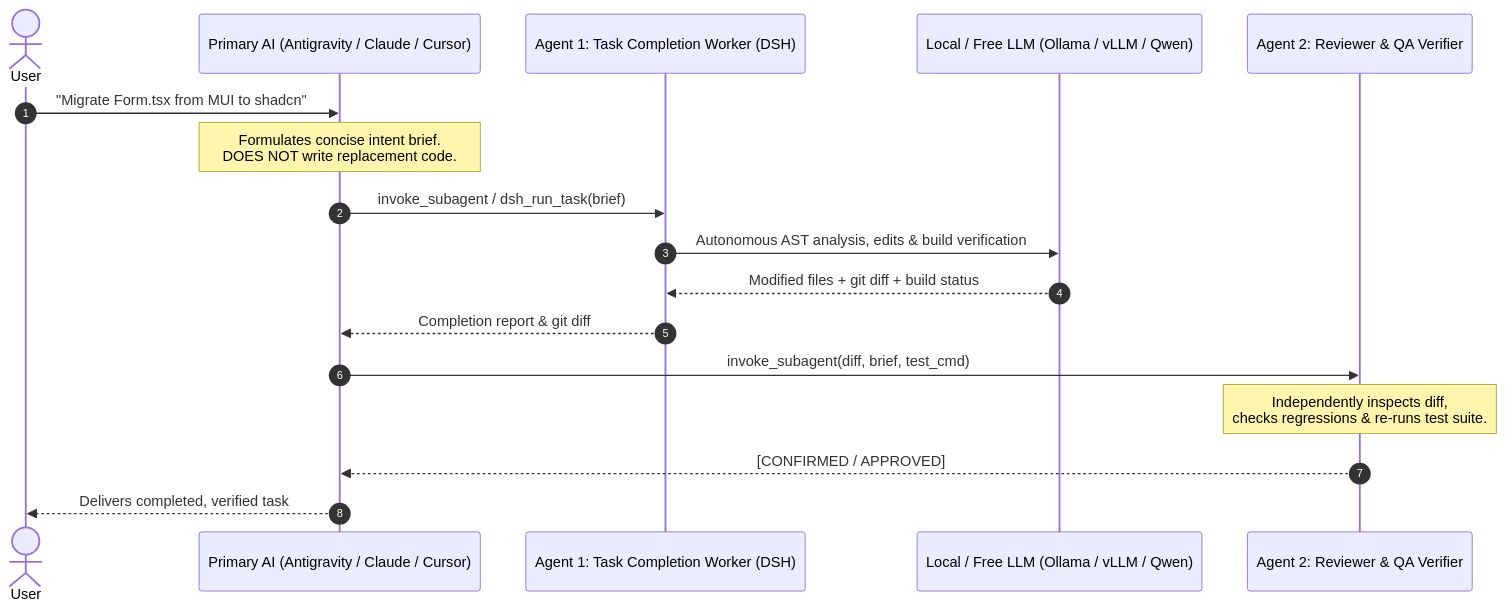
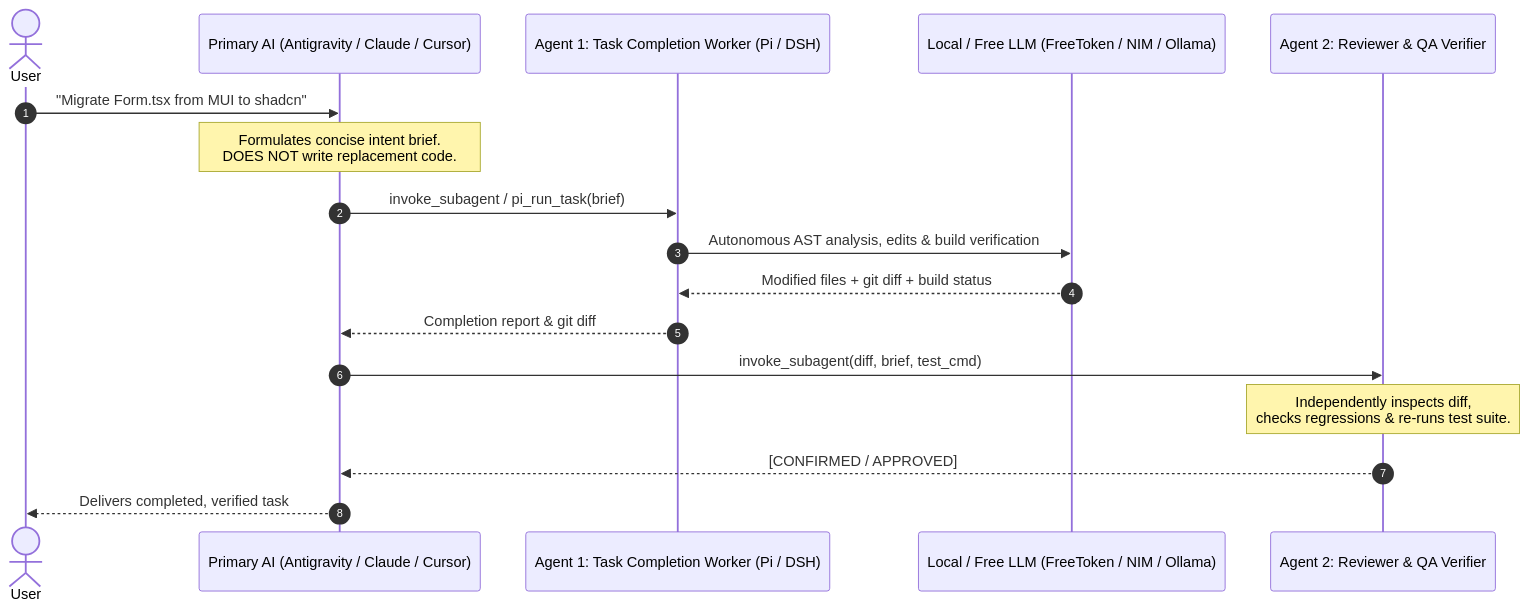
One commit to Eklavya-San/dsh-agent-mcp changed the diagram in README.md. Above: the diagram before and after it, drawn with Mermaid. The commit also changed other lines of this file and 1 other file, not shown here.

````diff
--- a/README.md
+++ b/README.md
@@ -23,20 +23,20 @@
 ```mermaid
 sequenceDiagram
     autonumber
     actor User
     participant Architect as Primary AI (Antigravity / Claude / Cursor)
-    participant Worker as Agent 1: Task Completion Worker (DSH)
-    participant Cluster as Local / Free LLM (Ollama / vLLM / Qwen)
+    participant Worker as Agent 1: Task Completion Worker (Pi / DSH)
+    participant Cluster as Local / Free LLM (FreeToken / NIM / Ollama)
     participant Reviewer as Agent 2: Reviewer & QA Verifier
 
     User->>Architect: "Migrate Form.tsx from MUI to shadcn"
     Note over Architect: Formulates concise intent brief.<br/>DOES NOT write replacement code.
-    Architect->>Worker: invoke_subagent / dsh_run_task(brief)
+    Architect->>Worker: invoke_subagent / pi_run_task(brief)
     Worker->>Cluster: Autonomous AST analysis, edits & build verification
     Cluster-->>Worker: Modified files + git diff + build status
     Worker-->>Architect: Completion report & git diff
     Architect->>Reviewer: invoke_subagent(diff, brief, test_cmd)
     Note over Reviewer: Independently inspects diff,<br/>checks regressions & re-runs test suite.
     Reviewer-->>Architect: [CONFIRMED / APPROVED]
     Architect-->>User: Delivers completed, verified task
 ```
````
